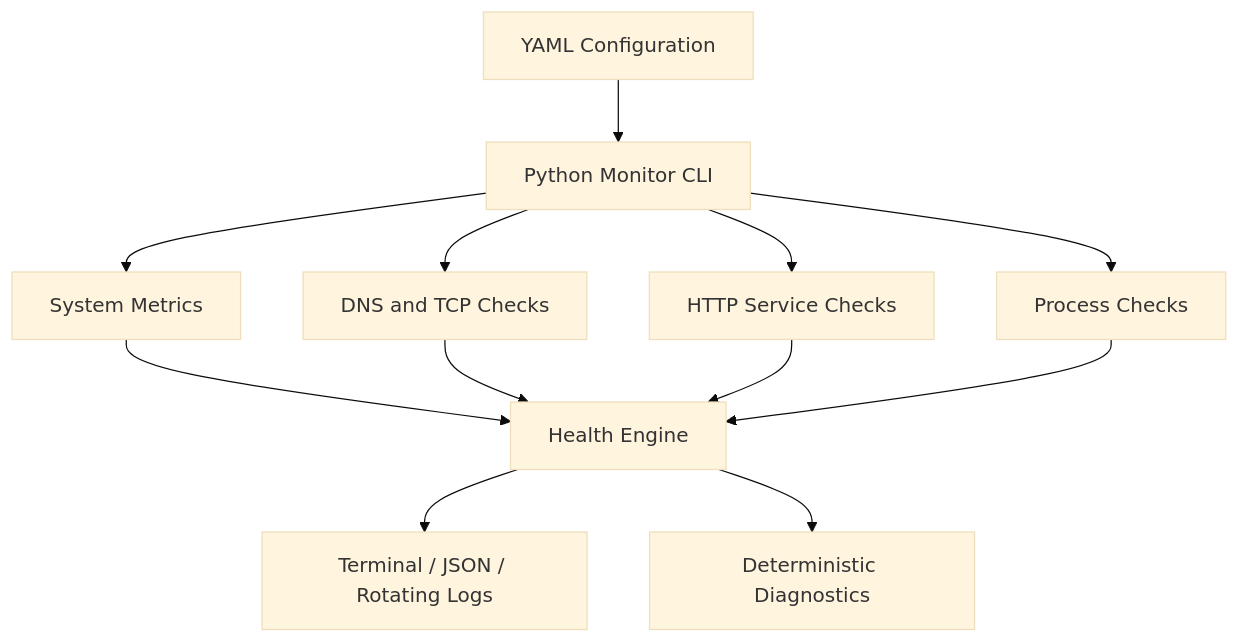
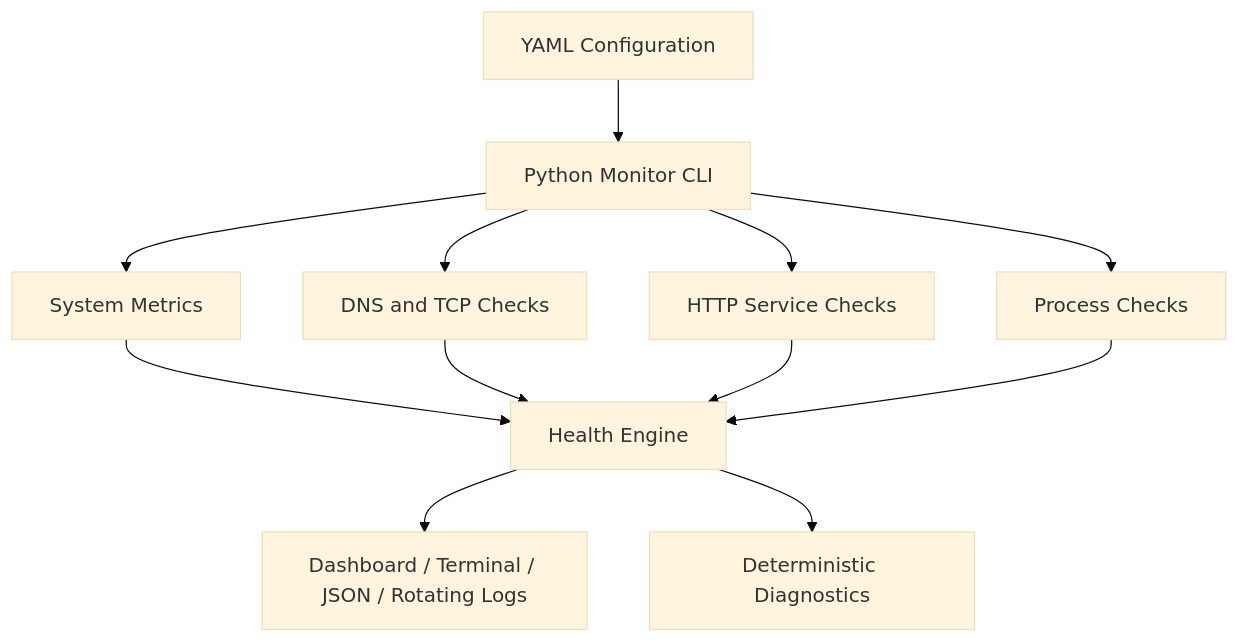
Before and after one commit to Myusuf2134/cloud-infrastructure-health-monitor: the diagram in README.md, drawn with Mermaid (base theme). The commit also changed other lines of this file and 7 other files, not shown here.

````diff
--- a/README.md
+++ b/README.md
@@ -25,14 +26,14 @@
 ```mermaid
 flowchart TD
     C[YAML Configuration] --> M[Python Monitor CLI]
     M --> S[System Metrics]
     M --> N[DNS and TCP Checks]
     M --> H[HTTP Service Checks]
     M --> P[Process Checks]
     S --> E[Health Engine]
     N --> E
     H --> E
     P --> E
-    E --> O[Terminal / JSON / Rotating Logs]
+    E --> O[Dashboard / Terminal / JSON / Rotating Logs]
     E --> D[Deterministic Diagnostics]
 ```
````
